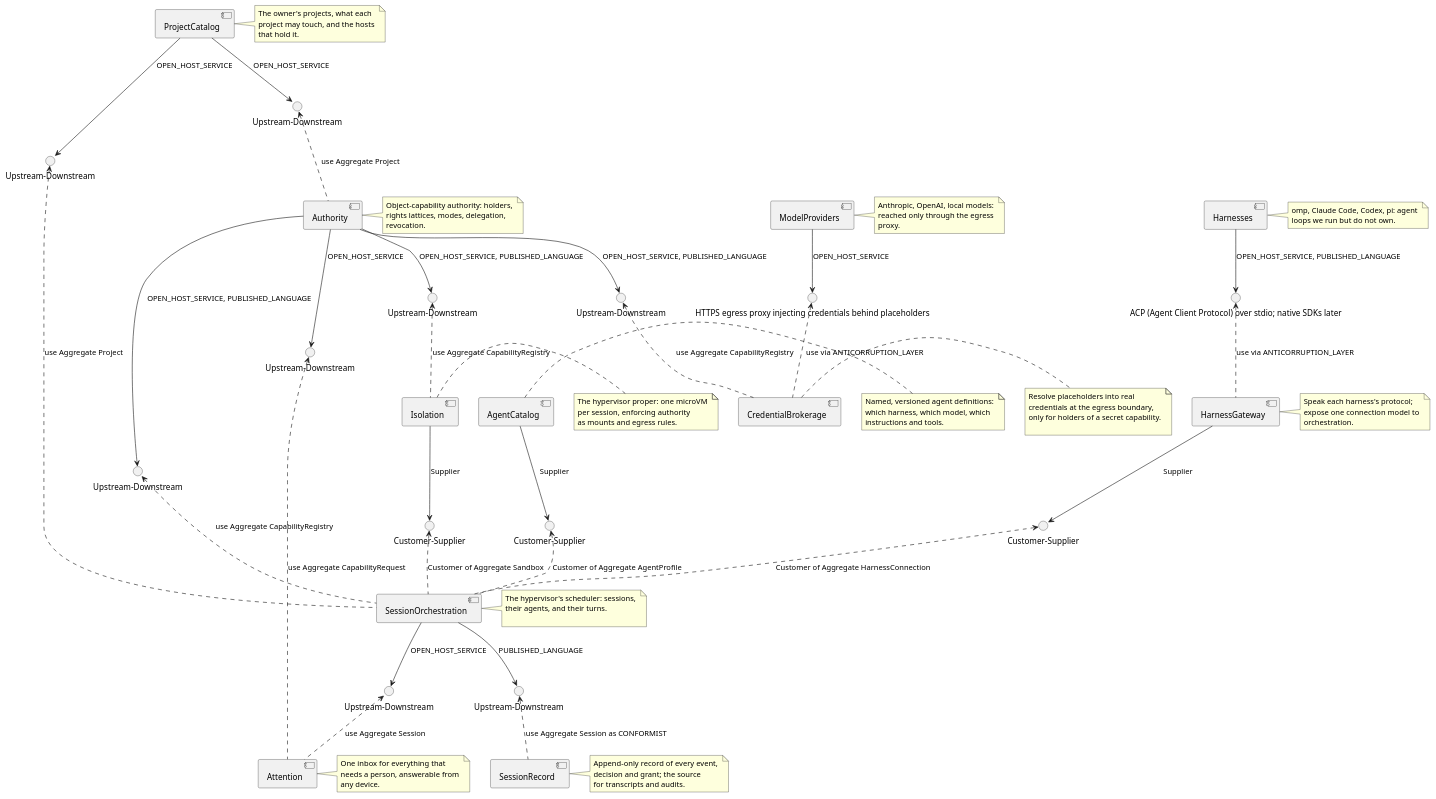
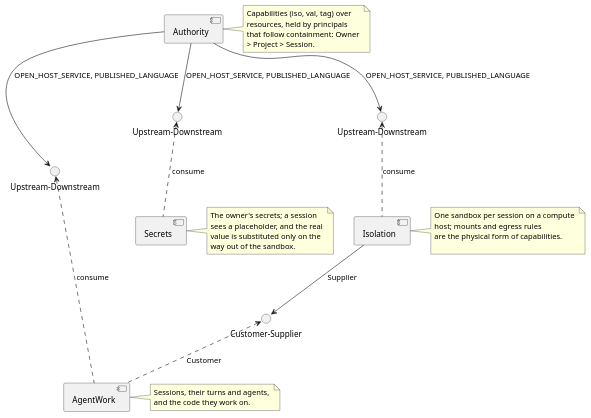
Before and after one commit to phibkro/agent-hypervisor: the diagram in domain/out/agent-hypervisor_ContextMap.puml, drawn with PlantUML. The commit also changed 42 other files, not shown here.

First line of the commit message:
Domain model draft 4: discovery pass (user stories, subdomain nouns, lifecycle flows), four contexts

```diff
--- a/domain/out/agent-hypervisor_ContextMap.puml
+++ b/domain/out/agent-hypervisor_ContextMap.puml
@@ -1,126 +1,50 @@
 @startuml
 
 skinparam componentStyle uml2
 
-component [ProjectCatalog]
-note right of [ProjectCatalog]
-The owner's projects, what each 
-project may touch, and the hosts 
-that hold it. 
-end note
-component [AgentCatalog]
-note right of [AgentCatalog]
-Named, versioned agent definitions: 
-which harness, which model, which 
-instructions and tools. 
-end note
-component [SessionOrchestration]
-note right of [SessionOrchestration]
-The hypervisor's scheduler: sessions, 
-their agents, and their turns. 
-
+component [AgentWork]
+note right of [AgentWork]
+Sessions, their turns and agents, 
+and the code they work on. 
 end note
 component [Authority]
 note right of [Authority]
-Object-capability authority: holders, 
-rights lattices, modes, delegation, 
-revocation. 
+Capabilities (iso, val, tag) over 
+resources, held by principals 
+that follow containment: Owner 
+> Project > Session. 
+end note
+component [Secrets]
+note right of [Secrets]
+The owner's secrets; a session 
+sees a placeholder, and the real 
+value is substituted only on the 
+way out of the sandbox. 
 end note
 component [Isolation]
 note right of [Isolation]
-The hypervisor proper: one microVM 
-per session, enforcing authority 
-as mounts and egress rules. 
-end note
-component [HarnessGateway]
-note right of [HarnessGateway]
-Speak each harness's protocol; 
-expose one connection model to 
-orchestration. 
-end note
-component [Attention]
-note right of [Attention]
-One inbox for everything that 
-needs a person, answerable from 
-any device. 
-end note
-component [CredentialBrokerage]
-note right of [CredentialBrokerage]
-Resolve placeholders into real 
-credentials at the egress boundary, 
-only for holders of a secret capability. 
+One sandbox per session on a compute 
+host; mounts and egress rules 
+are the physical form of capabilities. 
 
 end note
-component [SessionRecord]
-note right of [SessionRecord]
-Append-only record of every event, 
-decision and grant; the source 
-for transcripts and audits. 
-end note
-component [Harnesses]
-note right of [Harnesses]
-omp, Claude Code, Codex, pi: agent 
-loops we run but do not own. 
-end note
-component [ModelProviders]
-note right of [ModelProviders]
-Anthropic, OpenAI, local models: 
-reached only through the egress 
-proxy. 
-end note
 
-interface "Upstream-Downstream" as SessionOrchestration_to_ProjectCatalog
-[ProjectCatalog] --> SessionOrchestration_to_ProjectCatalog : OPEN_HOST_SERVICE
-SessionOrchestration_to_ProjectCatalog <.. [SessionOrchestration] : use Aggregate Project 
+interface "Upstream-Downstream" as AgentWork_to_Authority
+[Authority] --> AgentWork_to_Authority : OPEN_HOST_SERVICE, PUBLISHED_LANGUAGE
+AgentWork_to_Authority <.. [AgentWork] : consume
 
-interface "Upstream-Downstream" as Authority_to_ProjectCatalog
-[ProjectCatalog] --> Authority_to_ProjectCatalog : OPEN_HOST_SERVICE
-Authority_to_ProjectCatalog <.. [Authority] : use Aggregate Project 
-
-interface "Upstream-Downstream" as SessionOrchestration_to_Authority
-[Authority] --> SessionOrchestration_to_Authority : OPEN_HOST_SERVICE, PUBLISHED_LANGUAGE
-SessionOrchestration_to_Authority <.. [SessionOrchestration] : use Aggregate CapabilityRegistry 
+interface "Upstream-Downstream" as Secrets_to_Authority
+[Authority] --> Secrets_to_Authority : OPEN_HOST_SERVICE, PUBLISHED_LANGUAGE
+Secrets_to_Authority <.. [Secrets] : consume
 
 interface "Upstream-Downstream" as Isolation_to_Authority
 [Authority] --> Isolation_to_Authority : OPEN_HOST_SERVICE, PUBLISHED_LANGUAGE
-Isolation_to_Authority <.. [Isolation] : use Aggregate CapabilityRegistry 
+Isolation_to_Authority <.. [Isolation] : consume
 
-interface "Upstream-Downstream" as CredentialBrokerage_to_Authority
-[Authority] --> CredentialBrokerage_to_Authority : OPEN_HOST_SERVICE, PUBLISHED_LANGUAGE
-CredentialBrokerage_to_Authority <.. [CredentialBrokerage] : use Aggregate CapabilityRegistry 
-
-interface "Upstream-Downstream" as Attention_to_Authority
-[Authority] --> Attention_to_Authority : OPEN_HOST_SERVICE
-Attention_to_Authority <.. [Attention] : use Aggregate CapabilityRequest 
-
-interface "Customer-Supplier" as SessionOrchestration_to_AgentCatalog
-[AgentCatalog] --> SessionOrchestration_to_AgentCatalog : Supplier
-SessionOrchestration_to_AgentCatalog <.. [SessionOrchestration] : Customer of Aggregate AgentProfile 
-
-interface "Customer-Supplier" as SessionOrchestration_to_Isolation
-[Isolation] --> SessionOrchestration_to_Isolation : Supplier
-SessionOrchestration_to_Isolation <.. [SessionOrchestration] : Customer of Aggregate Sandbox 
-
-interface "Customer-Supplier" as SessionOrchestration_to_HarnessGateway
-[HarnessGateway] --> SessionOrchestration_to_HarnessGateway : Supplier
-SessionOrchestration_to_HarnessGateway <.. [SessionOrchestration] : Customer of Aggregate HarnessConnection 
-
-interface "Upstream-Downstream" as Attention_to_SessionOrchestration
-[SessionOrchestration] --> Attention_to_SessionOrchestration : OPEN_HOST_SERVICE
-Attention_to_SessionOrchestration <.. [Attention] : use Aggregate Session 
-
-interface "Upstream-Downstream" as SessionRecord_to_SessionOrchestration
-[SessionOrchestration] --> SessionRecord_to_SessionOrchestration : PUBLISHED_LANGUAGE
-SessionRecord_to_SessionOrchestration <.. [SessionRecord] : use Aggregate Session as CONFORMIST
-
-interface "ACP (Agent Client Protocol) over stdio; native SDKs later" as HarnessGateway_to_Harnesses
-[Harnesses] --> HarnessGateway_to_Harnesses : OPEN_HOST_SERVICE, PUBLISHED_LANGUAGE
-HarnessGateway_to_Harnesses <.. [HarnessGateway] : use via ANTICORRUPTION_LAYER
-
-interface "HTTPS egress proxy injecting credentials behind placeholders" as CredentialBrokerage_to_ModelProviders
-[ModelProviders] --> CredentialBrokerage_to_ModelProviders : OPEN_HOST_SERVICE
-CredentialBrokerage_to_ModelProviders <.. [CredentialBrokerage] : use via ANTICORRUPTION_LAYER
+interface "Customer-Supplier" as AgentWork_to_Isolation
+[Isolation] --> AgentWork_to_Isolation : Supplier
+AgentWork_to_Isolation <.. [AgentWork] : Customer 
 
 
 
 @enduml
```
